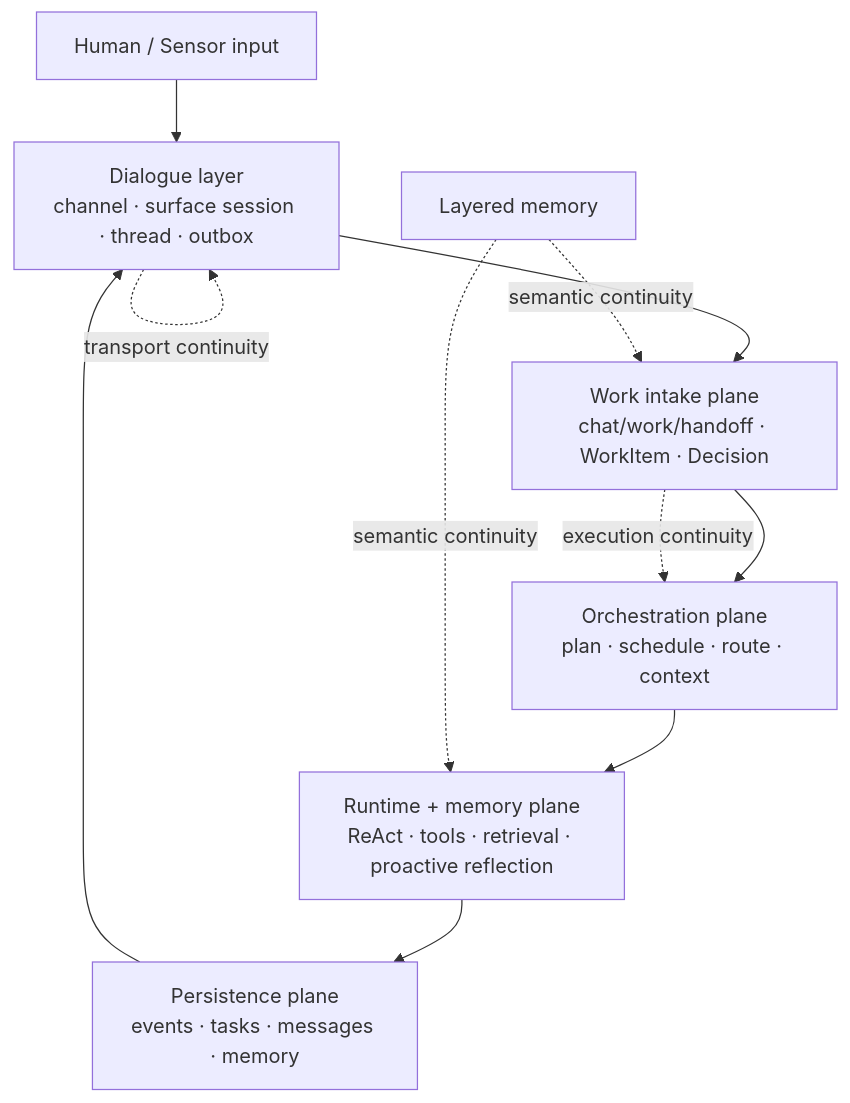
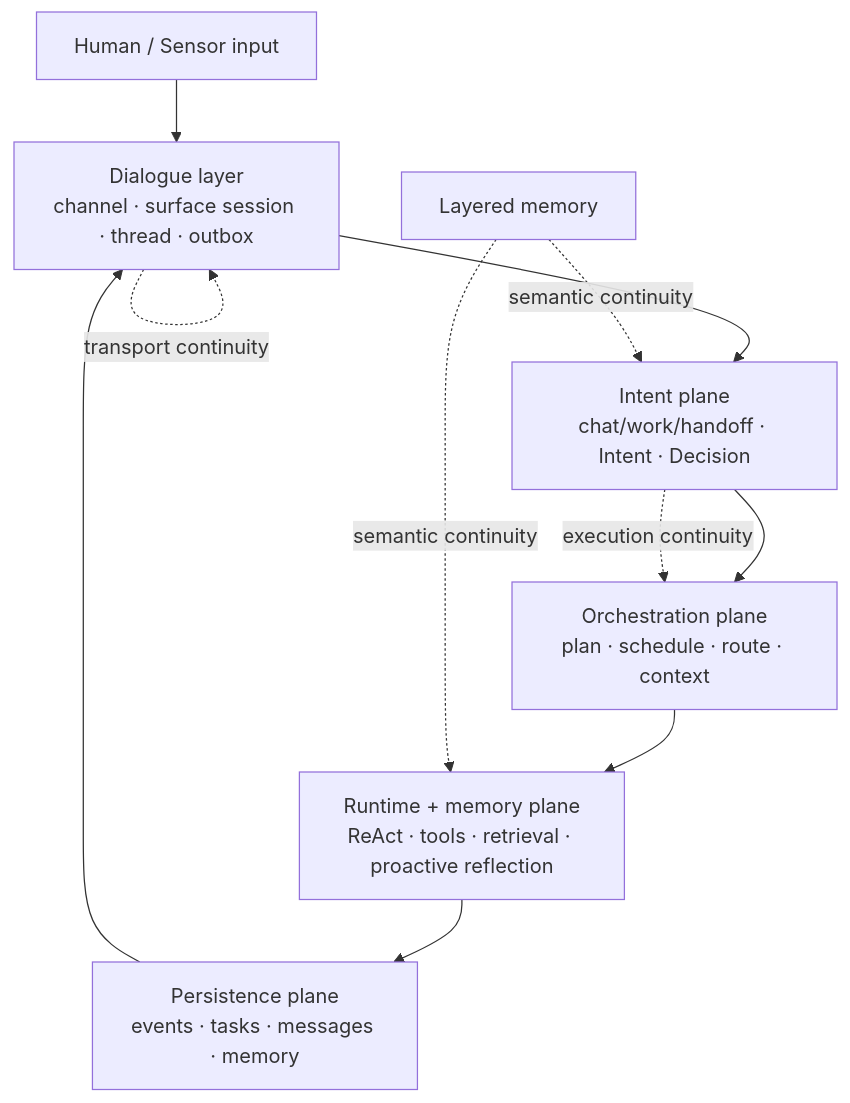
One commit to The-Punk-and-The-Monk/Nous changed the diagram in README.md. Above: the diagram before and after it, drawn with Mermaid. The commit also changed other lines of this file and 19 other files, not shown here.

````diff
--- a/README.md
+++ b/README.md
@@ -77,14 +77,14 @@
 ```mermaid
 flowchart TB
     U[Human / Sensor input] --> D[Dialogue layer\nchannel · surface session · thread · outbox]
-    D --> W[Work intake plane\nchat/work/handoff · WorkItem · Decision]
+    D --> W[Intent plane\nchat/work/handoff · Intent · Decision]
     W --> O[Orchestration plane\nplan · schedule · route · context]
     O --> R[Runtime + memory plane\nReAct · tools · retrieval · proactive reflection]
     R --> P[Persistence plane\nevents · tasks · messages · memory]
     P --> D
 
     M[Layered memory] -. semantic continuity .-> W
     M -. semantic continuity .-> R
     D -. transport continuity .-> D
     W -. execution continuity .-> O
 ```
````
